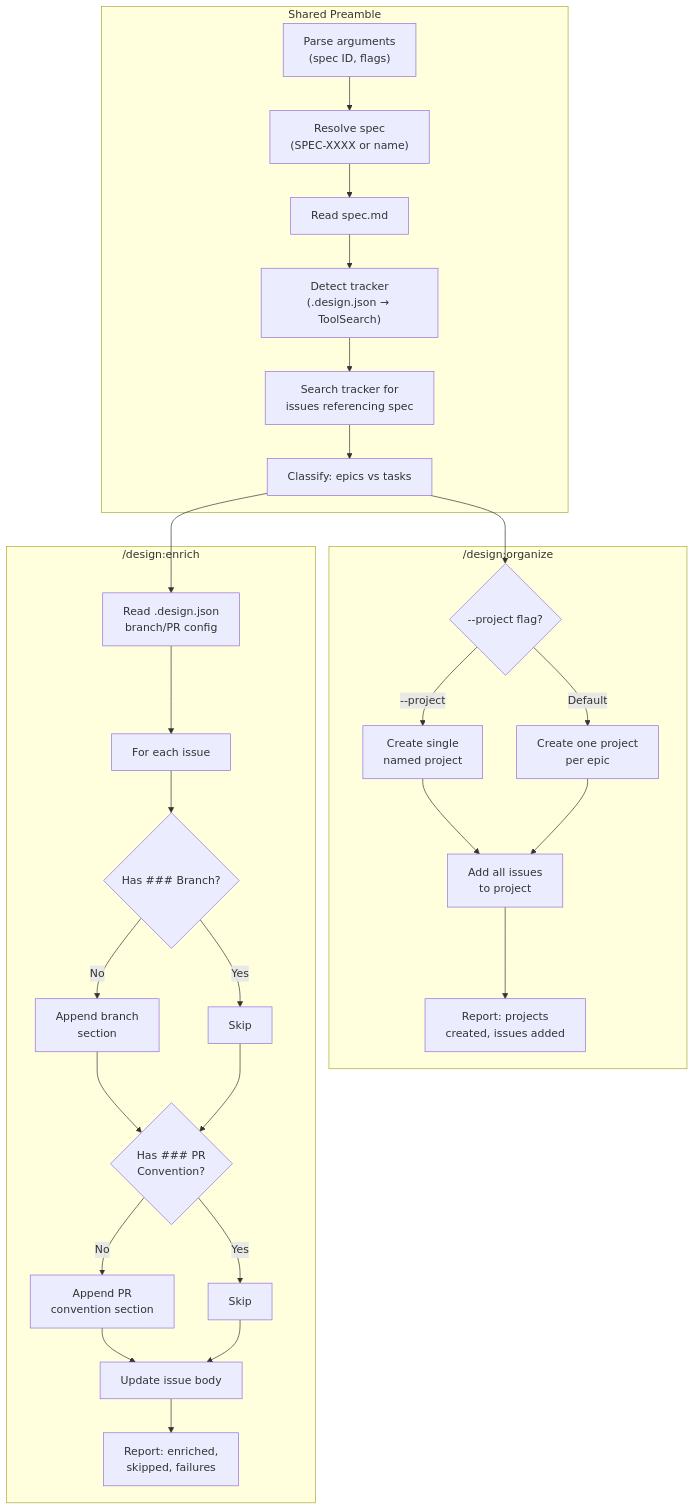
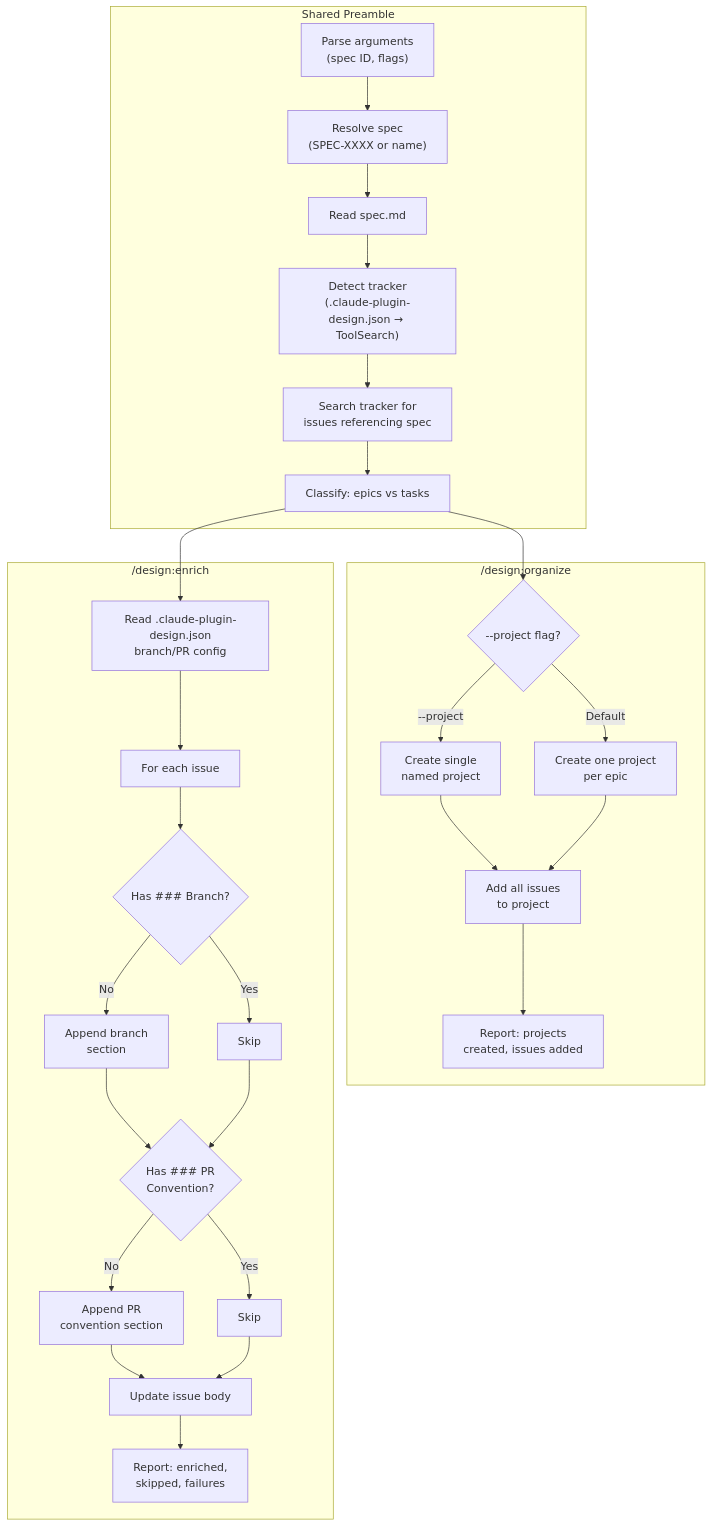
One commit to joestump/claude-plugin-design changed the first of 4 diagrams in docs/openspec/specs/retroactive-issue-management/design.md. Above: the diagram before and after it, drawn with Mermaid. The commit also changed other lines of this file and 24 other files, not shown here.

First line of the commit message:
Rename .design.json to .claude-plugin-design.json, add Configuration docs

````diff
--- a/docs/openspec/specs/retroactive-issue-management/design.md
+++ b/docs/openspec/specs/retroactive-issue-management/design.md
@@ -69,40 +69,40 @@
 ```mermaid
 flowchart TD
     subgraph "Shared Preamble"
         A["Parse arguments\n(spec ID, flags)"]
         B["Resolve spec\n(SPEC-XXXX or name)"]
         C["Read spec.md"]
-        D["Detect tracker\n(.design.json → ToolSearch)"]
+        D["Detect tracker\n(.claude-plugin-design.json → ToolSearch)"]
         E["Search tracker for\nissues referencing spec"]
         F["Classify: epics vs tasks"]
     end
 
     A --> B --> C --> D --> E --> F
 
     subgraph "/design:organize"
         G{"--project flag?"}
         G -->|"--project <name>"| H["Create single\nnamed project"]
         G -->|"Default"| I["Create one project\nper epic"]
         H --> J["Add all issues\nto project"]
         I --> J
         J --> K["Report: projects\ncreated, issues added"]
     end
 
     subgraph "/design:enrich"
-        L["Read .design.json\nbranch/PR config"]
+        L["Read .claude-plugin-design.json\nbranch/PR config"]
         L --> M["For each issue"]
         M --> N{"Has ### Branch?"}
         N -->|"No"| O["Append branch\nsection"]
         N -->|"Yes"| P["Skip"]
         O --> Q{"Has ### PR\nConvention?"}
         P --> Q
         Q -->|"No"| R["Append PR\nconvention section"]
         Q -->|"Yes"| S["Skip"]
         R --> T["Update issue body"]
         S --> T
         T --> U["Report: enriched,\nskipped, failures"]
     end
 
     F --> G
     F --> L
 ```
````
